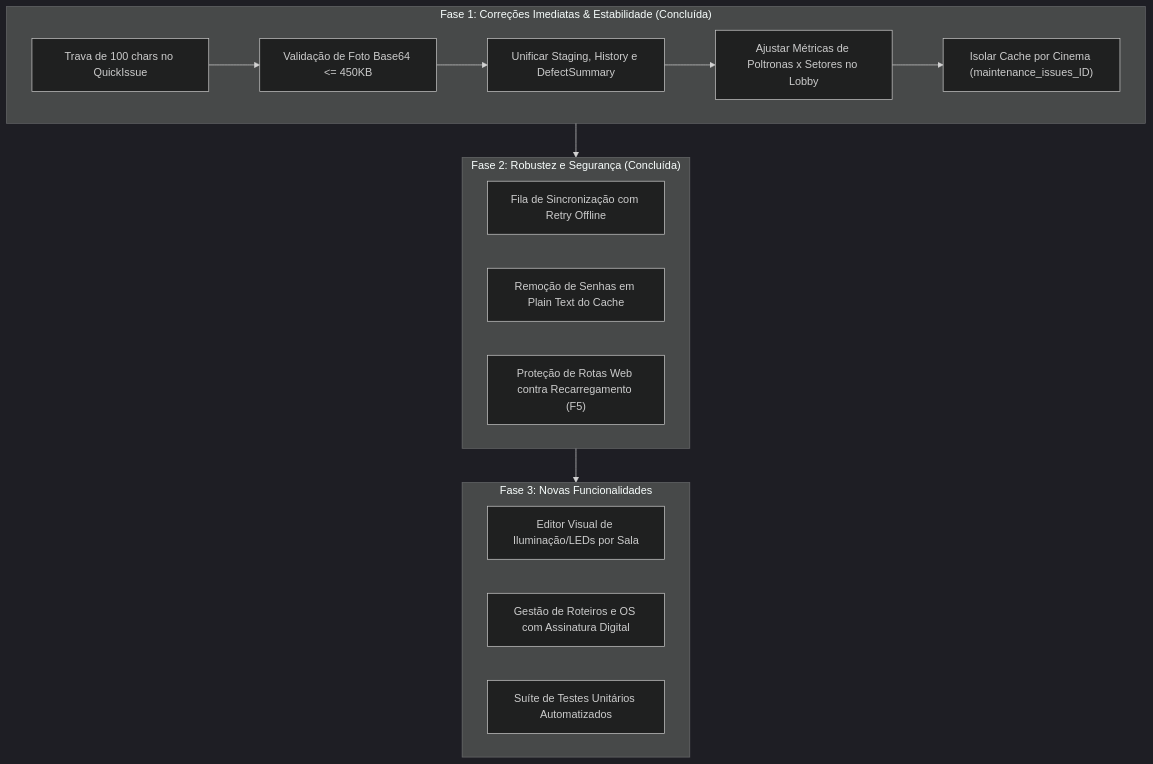
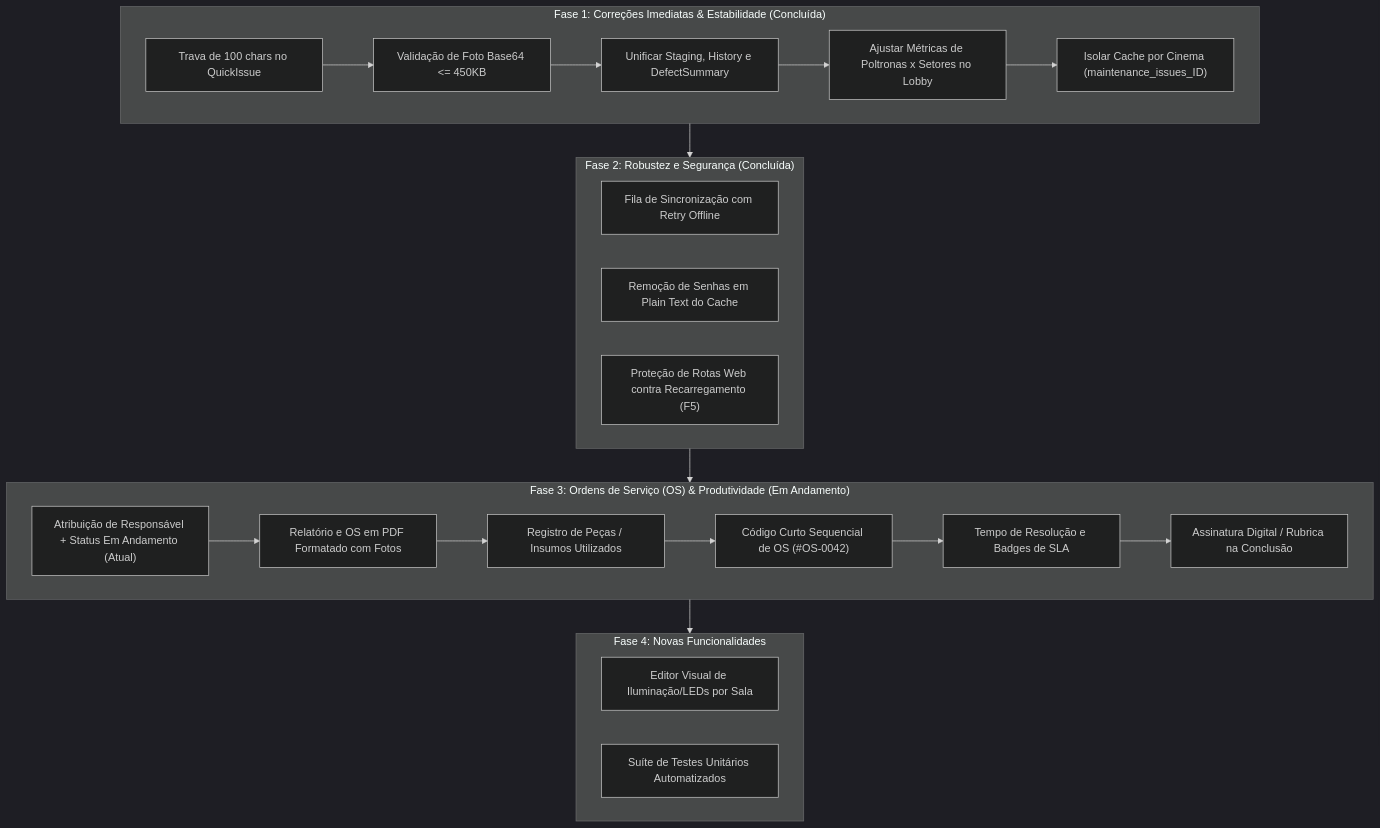
Before and after one commit to lima-devbr/cinegestor: the diagram in docs/AUDITORIA_E_MELHORIAS.md, drawn with Mermaid (dark theme). The commit also changed other lines of this file and 8 other files, not shown here.

Commit message:
feat(os): adiciona atribuicao de responsavel e status em andamento para ordens de servico

````diff
--- a/docs/AUDITORIA_E_MELHORIAS.md
+++ b/docs/AUDITORIA_E_MELHORIAS.md
@@ -57,23 +57,30 @@
 ```mermaid
 flowchart TD
     subgraph Fase1["Fase 1: Correções Imediatas & Estabilidade (Concluída)"]
         A1["Trava de 100 chars no QuickIssue"] --> A2["Validação de Foto Base64 <= 450KB"]
         A2 --> A3["Unificar Staging, History e DefectSummary"]
         A3 --> A4["Ajustar Métricas de Poltronas x Setores no Lobby"]
         A4 --> A5["Isolar Cache por Cinema (maintenance_issues_ID)"]
     end
 
     subgraph Fase2["Fase 2: Robustez e Segurança (Concluída)"]
         B1["Fila de Sincronização com Retry Offline"]
         B2["Remoção de Senhas em Plain Text do Cache"]
         B3["Proteção de Rotas Web contra Recarregamento (F5)"]
     end
 
-    subgraph Fase3["Fase 3: Novas Funcionalidades"]
-        C1["Editor Visual de Iluminação/LEDs por Sala"]
-        C2["Gestão de Roteiros e OS com Assinatura Digital"]
-        C3["Suíte de Testes Unitários Automatizados"]
+    subgraph Fase3["Fase 3: Ordens de Serviço (OS) & Produtividade (Em Andamento)"]
+        C1["Atribuição de Responsável + Status Em Andamento (Atual)"] --> C2["Relatório e OS em PDF Formatado com Fotos"]
+        C2 --> C3["Registro de Peças / Insumos Utilizados"]
+        C3 --> C4["Código Curto Sequencial de OS (#OS-0042)"]
+        C4 --> C5["Tempo de Resolução e Badges de SLA"]
+        C5 --> C6["Assinatura Digital / Rubrica na Conclusão"]
     end
 
-    Fase1 --> Fase2 --> Fase3
+    subgraph Fase4["Fase 4: Novas Funcionalidades"]
+        D1["Editor Visual de Iluminação/LEDs por Sala"]
+        D2["Suíte de Testes Unitários Automatizados"]
+    end
+
+    Fase1 --> Fase2 --> Fase3 --> Fase4
 ```
````
